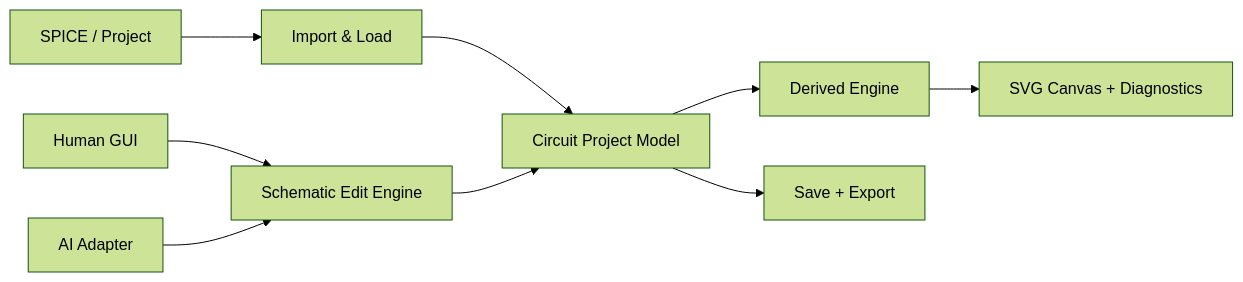
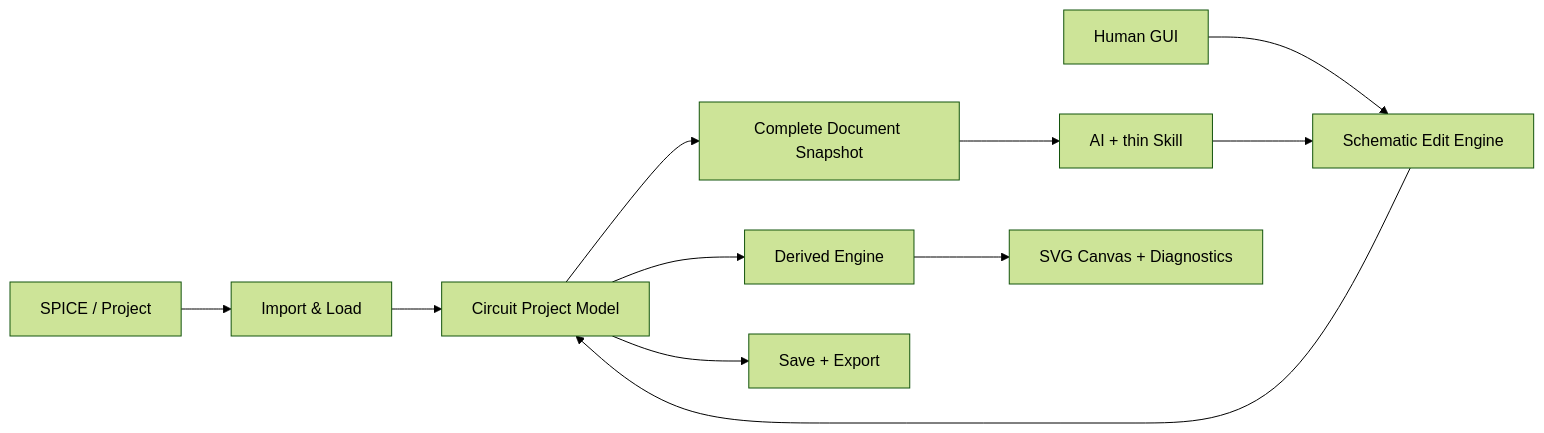
Before and after one commit to Huangshu0010/analog-canvas: the first of 2 diagrams in docs/overall-product-plan.md, drawn with Mermaid (forest theme). The commit also changed other lines of this file and 144 other files, not shown here.

````diff
--- a/docs/overall-product-plan.md
+++ b/docs/overall-product-plan.md
@@ -25,13 +25,15 @@
 ```mermaid
 flowchart LR
     INPUT["SPICE / Project"] --> LOAD["Import & Load"]
     LOAD --> MODEL["Circuit Project Model"]
 
     HUMAN["Human GUI"] --> EDIT["Schematic Edit Engine"]
-    AI["AI Adapter"] --> EDIT
+    MODEL --> SNAPSHOT["Complete Document Snapshot"]
+    SNAPSHOT --> AI["AI + thin Skill"]
+    AI --> EDIT
     EDIT --> MODEL
 
     MODEL --> DERIVED["Derived Engine"]
     DERIVED --> VIEW["SVG Canvas + Diagnostics"]
     MODEL --> OUTPUT["Save + Export"]
 ```
````
